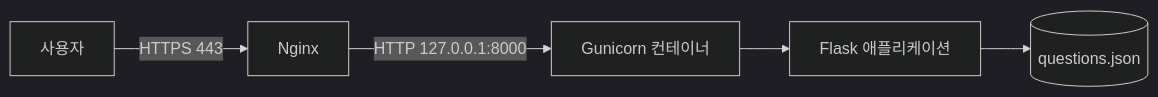
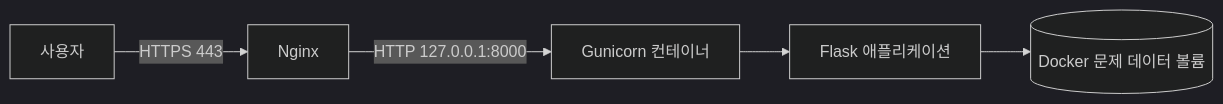
Before and after one commit to yangsong3/ml_class_testexam_web: the diagram in Deploy.md, drawn with Mermaid (dark theme). The commit also changed other lines of this file and 16 other files, not shown here.

````diff
--- a/Deploy.md
+++ b/Deploy.md
@@ -19,7 +19,7 @@
 ```mermaid
 flowchart LR
     U[사용자] -->|HTTPS 443| N[Nginx]
     N -->|HTTP 127.0.0.1:8000| G[Gunicorn 컨테이너]
     G --> F[Flask 애플리케이션]
-    F --> J[(questions.json)]
+    F --> J[(Docker 문제 데이터 볼륨)]
 ```
````
